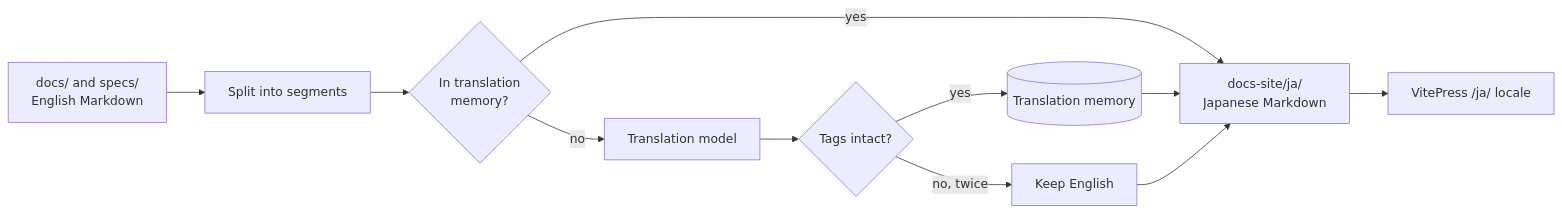
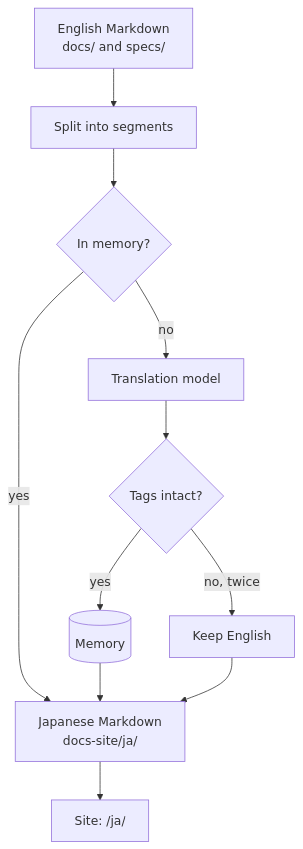
One commit to syudead/vv changed the diagram in docs/design-docs/translation-pipeline.md. Above: the diagram before and after it, drawn with Mermaid. The commit also changed 3 other files, not shown here.

First line of the commit message:
Lay out Mermaid diagrams top-down so they stay readable

````diff
--- a/docs/design-docs/translation-pipeline.md
+++ b/docs/design-docs/translation-pipeline.md
@@ -27,11 +27,11 @@
 ```mermaid
-flowchart LR
-  src[docs/ and specs/<br/>English Markdown] --> seg[Split into segments]
-  seg --> tm{In translation<br/>memory?}
+flowchart TD
+  src["English Markdown<br/>docs/ and specs/"] --> seg[Split into segments]
+  seg --> tm{In memory?}
   tm -- yes --> out
   tm -- no --> model[Translation model]
   model --> check{Tags intact?}
-  check -- yes --> mem[(Translation memory)] --> out[docs-site/ja/<br/>Japanese Markdown]
-  check -- no, twice --> en[Keep English] --> out
-  out --> site[VitePress /ja/ locale]
+  check -- yes --> mem[(Memory)] --> out
+  check -- "no, twice" --> en[Keep English] --> out
+  out["Japanese Markdown<br/>docs-site/ja/"] --> site["Site: /ja/"]
 ```
````
